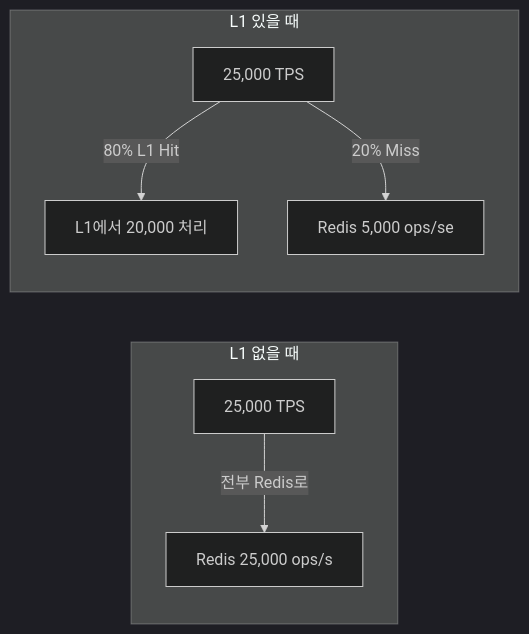
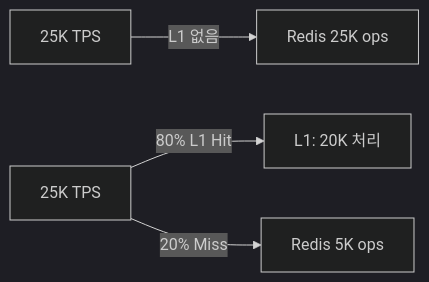
The seventh of 8 diagrams in _posts/caching/2026-05-03-multi-layer-caching.md (yjkim2015/yjkim2015.github.io), drawn with Mermaid (dark theme) before and after one commit. The commit also changed other lines of this file and 155 other files, not shown here.

First line of the commit message:
Mermaid 전면 수정: subgraph 제거, participant/노드/줄수 축소 (342블록)

````diff
--- a/_posts/caching/2026-05-03-multi-layer-caching.md
+++ b/_posts/caching/2026-05-03-multi-layer-caching.md
@@ -537,10 +533,6 @@
 ```mermaid
 graph LR
-    subgraph "L1 없을 때"
-        A1["25,000 TPS"] -->|"전부 Redis로"| R1["Redis 25,000 ops/s"]
-    end
-    subgraph "L1 있을 때"
-        A2["25,000 TPS"] -->|"80% L1 Hit"| L1["L1에서 20,000 처리"]
-        A2 -->|"20% Miss"| R2["Redis 5,000 ops/se"]
-    end
+    A1["25K TPS"] -->|"L1 없음"| R1["Redis 25K ops"]
+    A2["25K TPS"] -->|"80% L1 Hit"| L1["L1: 20K 처리"]
+    A2 -->|"20% Miss"| R2["Redis 5K ops"]
 ```
````
